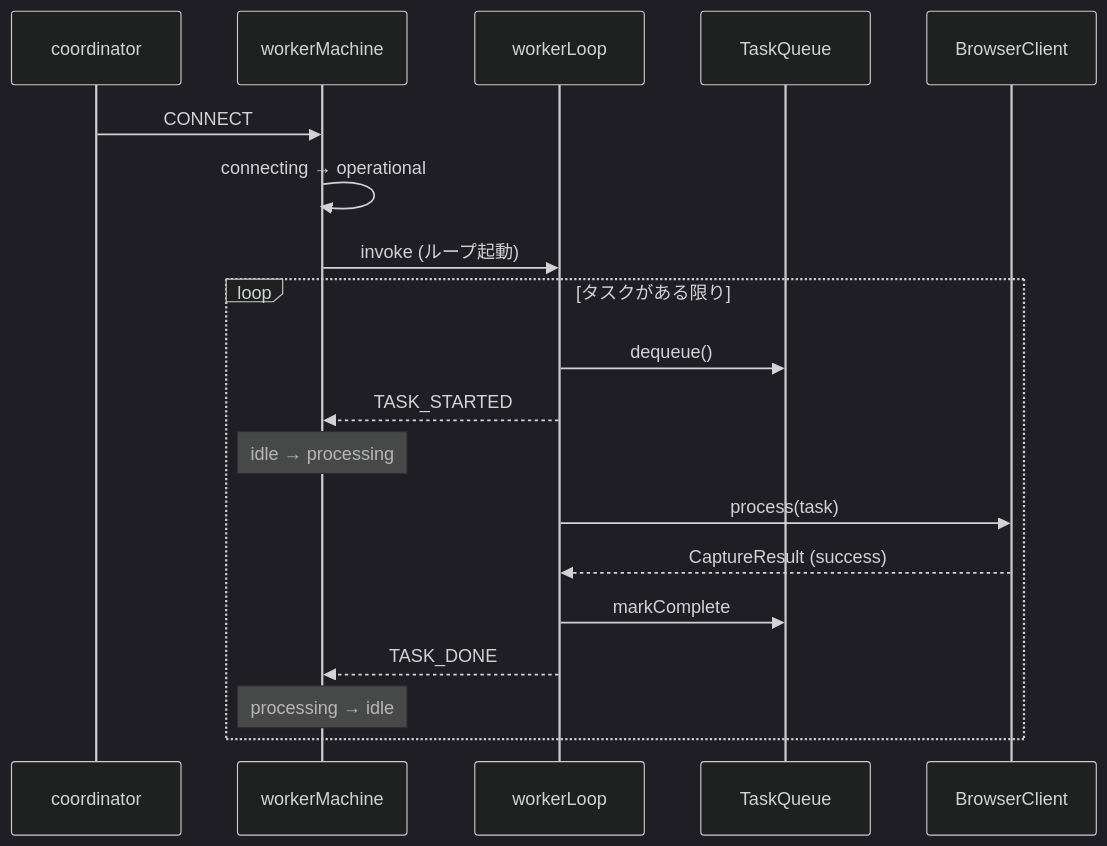
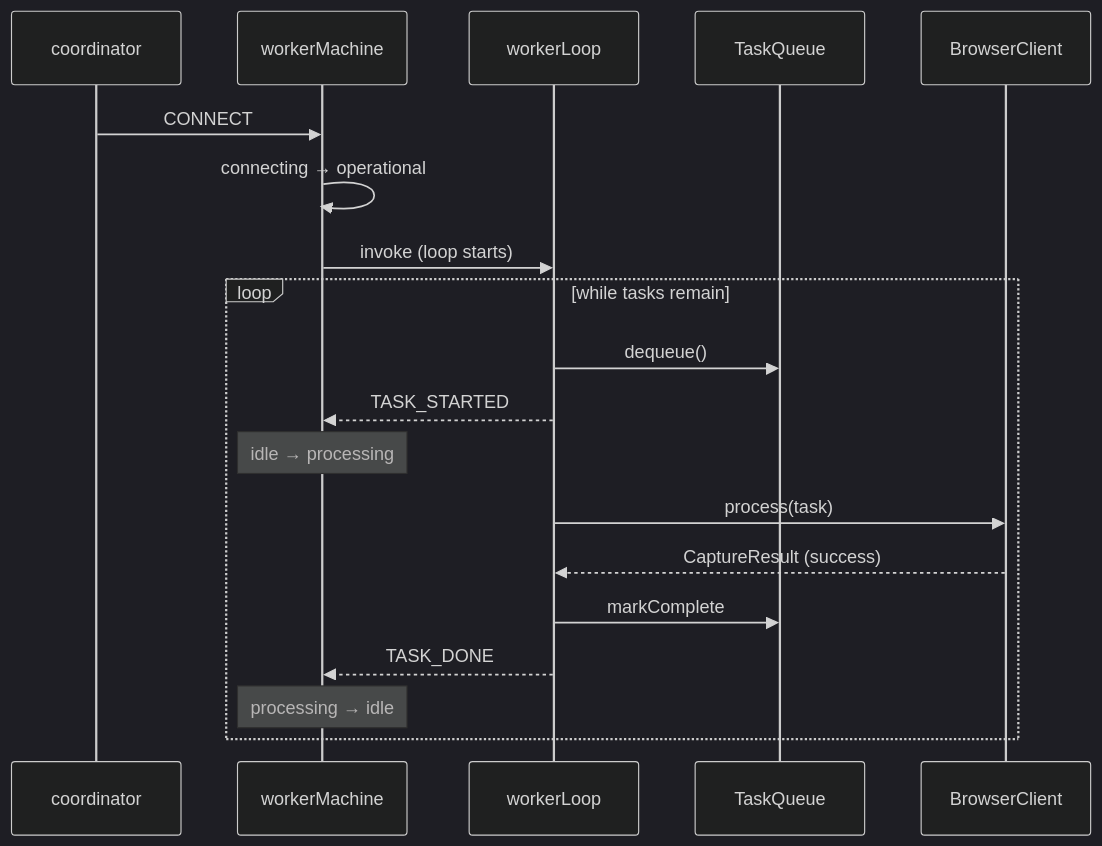
Before and after one commit to uraitakahito/browserhive: the fourth of 4 diagrams in docs-site/src/content/docs/worker-spawn-and-loop.mdx, drawn with Mermaid (dark theme). The commit also changed other lines of this file and 17 other files, not shown here.

````diff
--- a/docs-site/src/content/docs/worker-spawn-and-loop.mdx
+++ b/docs-site/src/content/docs/worker-spawn-and-loop.mdx
@@ -226,21 +249,21 @@
 ```mermaid
 sequenceDiagram
   participant Co as coordinator
   participant WM as workerMachine
   participant WL as workerLoop
   participant TQ as TaskQueue
   participant BC as BrowserClient
   Co->>WM: CONNECT
   WM->>WM: connecting → operational
-  WM->>WL: invoke (ループ起動)
-  loop タスクがある限り
+  WM->>WL: invoke (loop starts)
+  loop while tasks remain
     WL->>TQ: dequeue()
     WL-->>WM: TASK_STARTED
     Note over WM: idle → processing
     WL->>BC: process(task)
     BC-->>WL: CaptureResult (success)
     WL->>TQ: markComplete
     WL-->>WM: TASK_DONE
     Note over WM: processing → idle
   end
 ```
````
